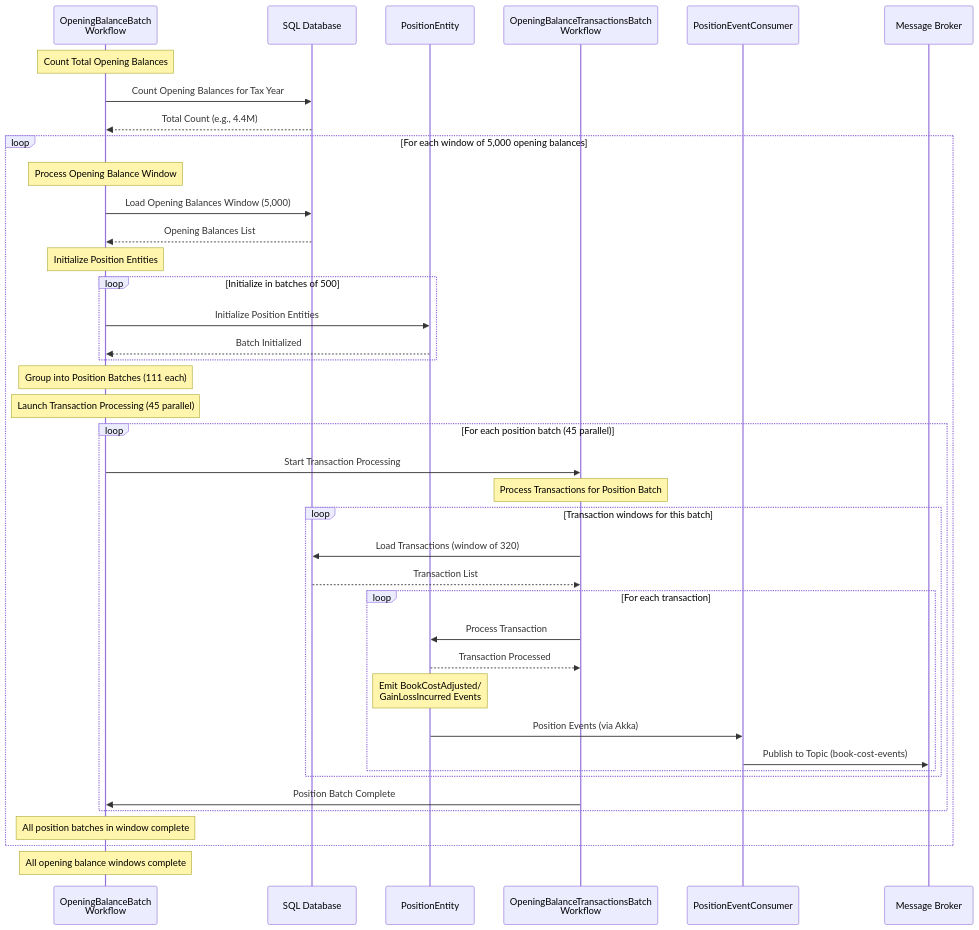
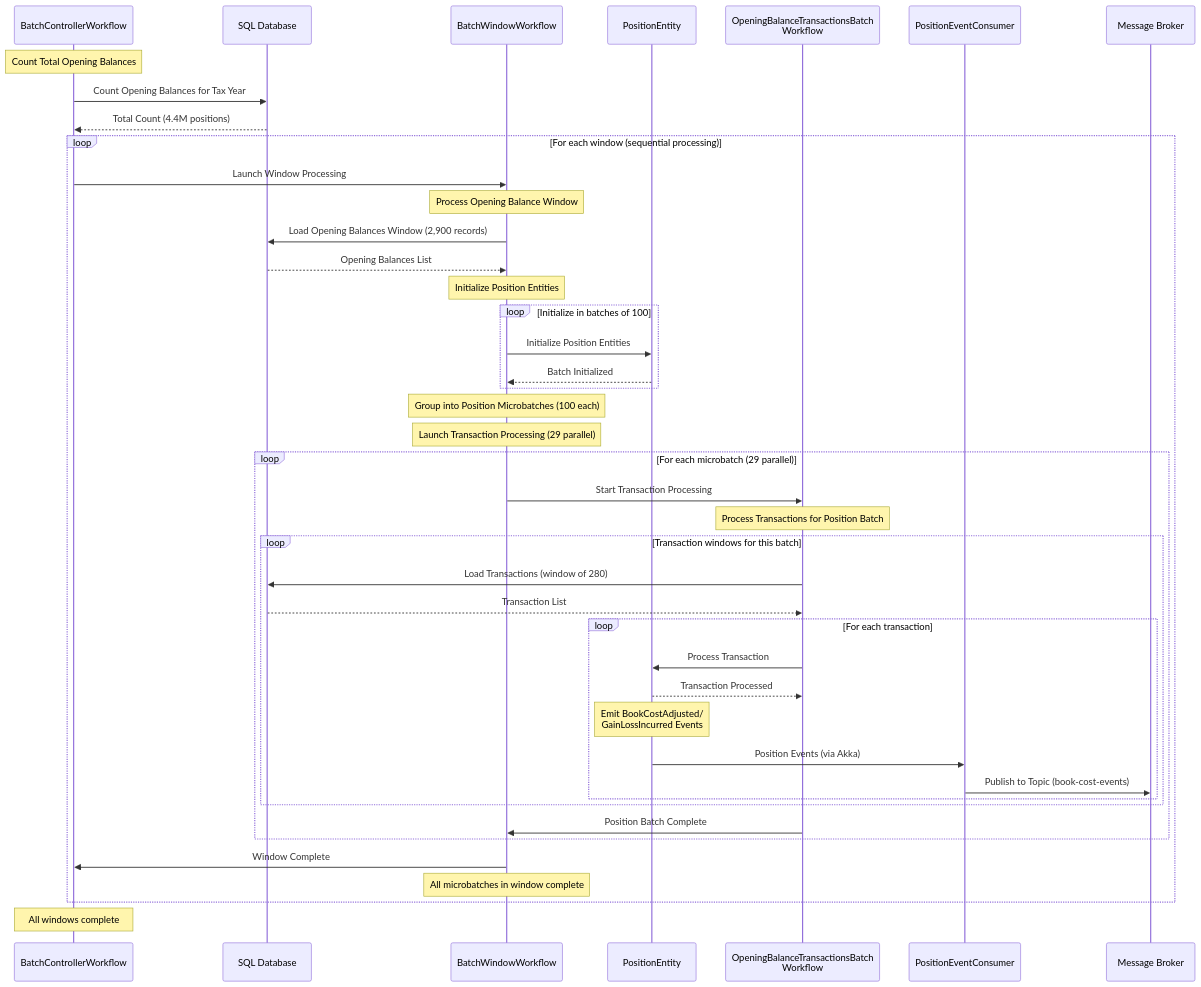
The second of 2 diagrams in README.md (aklikic/tax-processing), drawn with Mermaid before and after one commit. The commit also changed other lines of this file and 11 other files, not shown here.

````diff
--- a/README.md
+++ b/README.md
@@ -39,52 +45,55 @@
 ```mermaid
 sequenceDiagram
-    participant OBW as OpeningBalanceBatch<br/>Workflow
+    participant BCW as BatchControllerWorkflow
     participant DB as SQL Database
+    participant BWW as BatchWindowWorkflow
     participant PE as PositionEntity
     participant TBW as OpeningBalanceTransactionsBatch<br/>Workflow
     participant PC as PositionEventConsumer
     participant MB as Message Broker
 
-    Note over OBW: Count Total Opening Balances
-    OBW->>DB: Count Opening Balances for Tax Year
-    DB-->>OBW: Total Count (e.g., 4.4M)
+    Note over BCW: Count Total Opening Balances
+    BCW->>DB: Count Opening Balances for Tax Year
+    DB-->>BCW: Total Count (4.4M positions)
 
-    loop For each window of 5,000 opening balances
-        Note over OBW: Process Opening Balance Window
-        OBW->>DB: Load Opening Balances Window (5,000)
-        DB-->>OBW: Opening Balances List
+    loop For each window (sequential processing)
+        BCW->>BWW: Launch Window Processing
+        Note over BWW: Process Opening Balance Window
+        BWW->>DB: Load Opening Balances Window (2,900 records)
+        DB-->>BWW: Opening Balances List
 
-        Note over OBW: Initialize Position Entities
-        loop Initialize in batches of 500
-            OBW->>PE: Initialize Position Entities
-            PE-->>OBW: Batch Initialized
+        Note over BWW: Initialize Position Entities
+        loop Initialize in batches of 100
+            BWW->>PE: Initialize Position Entities
+            PE-->>BWW: Batch Initialized
         end
 
-        Note over OBW: Group into Position Batches (111 each)
-        Note over OBW: Launch Transaction Processing (45 parallel)
+        Note over BWW: Group into Position Microbatches (100 each)
+        Note over BWW: Launch Transaction Processing (29 parallel)
 
-        loop For each position batch (45 parallel)
-            OBW->>TBW: Start Transaction Processing
+        loop For each microbatch (29 parallel)
+            BWW->>TBW: Start Transaction Processing
             Note over TBW: Process Transactions for Position Batch
 
             loop Transaction windows for this batch
-                TBW->>DB: Load Transactions (window of 320)
+                TBW->>DB: Load Transactions (window of 280)
                 DB-->>TBW: Transaction List
 
                 loop For each transaction
                     TBW->>PE: Process Transaction
                     PE-->>TBW: Transaction Processed
                     Note over PE: Emit BookCostAdjusted/<br/>GainLossIncurred Events
                     PE->>PC: Position Events (via Akka)
                     PC->>MB: Publish to Topic (book-cost-events)
                 end
             end
 
-            TBW->>OBW: Position Batch Complete
+            TBW->>BWW: Position Batch Complete
         end
 
-        Note over OBW: All position batches in window complete
+        BWW->>BCW: Window Complete
+        Note over BWW: All microbatches in window complete
     end
 
-    Note over OBW: All opening balance windows complete
+    Note over BCW: All windows complete
 ```
````
